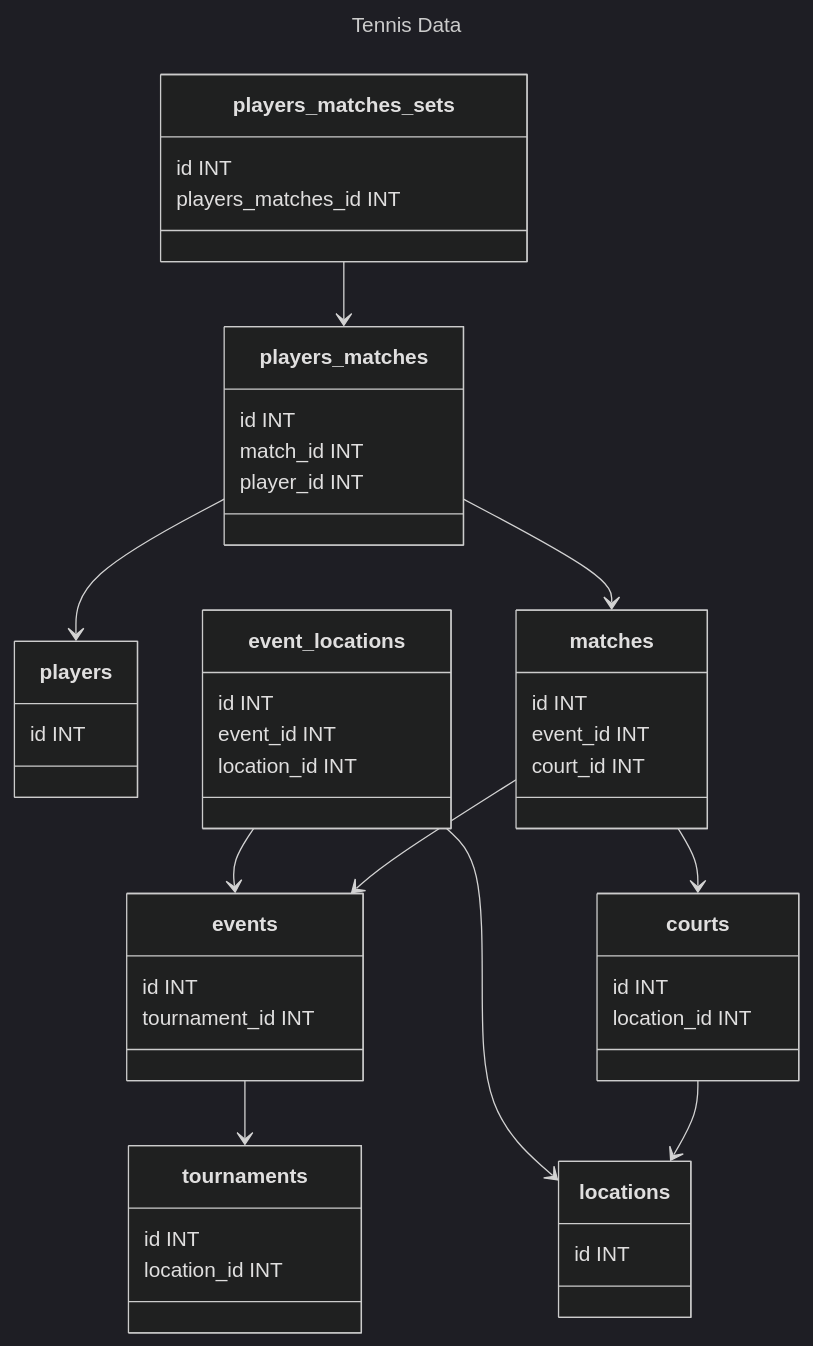
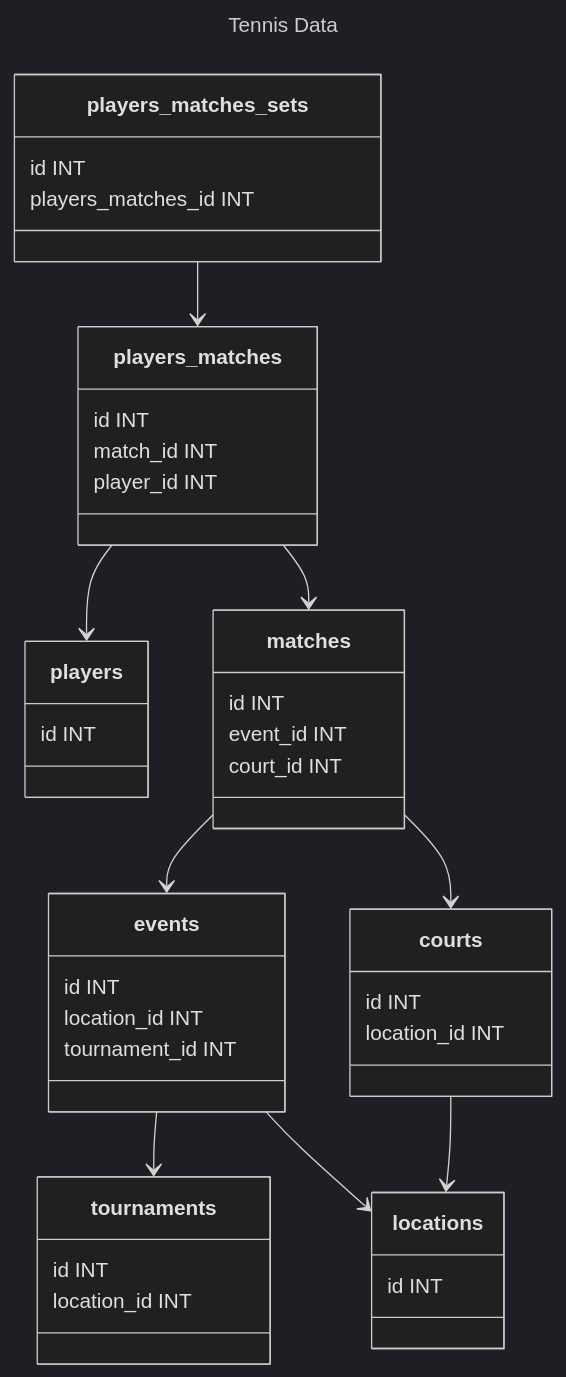
One commit to sarizti/up-2023-2-big-data changed the diagram in clases/2023-04-22-clase9/index.md. Above: the diagram before and after it, drawn with Mermaid (dark theme). The commit also changed 5 other files, not shown here.

````diff
--- a/clases/2023-04-22-clase9/index.md
+++ b/clases/2023-04-22-clase9/index.md
@@ -20,54 +20,49 @@
 ```mermaid
 ---
 title: Tennis Data
 ---
 classDiagram
     class players {
         id INT
     }
     class locations {
         id INT
     }
     class courts {
         id INT
         location_id INT
     }
     class tournaments {
         id INT
         location_id INT
     }
     class matches {
         id INT
         event_id INT
         court_id INT
     }
     class events {
         id INT
+        location_id INT
         tournament_id INT
-    }
-    class event_locations {
-        id INT
-        event_id INT
-        location_id INT
     }
     class players_matches {
         id INT
         match_id INT
         player_id INT
     }
     class players_matches_sets {
         id INT
         players_matches_id INT
     }
         
     
-    event_locations --> events
-    event_locations --> locations
     events --> tournaments
+    events --> locations
     matches --> events
     matches --> courts
     players_matches --> players
     players_matches --> matches
     players_matches_sets --> players_matches
     courts --> locations
 ```
````
